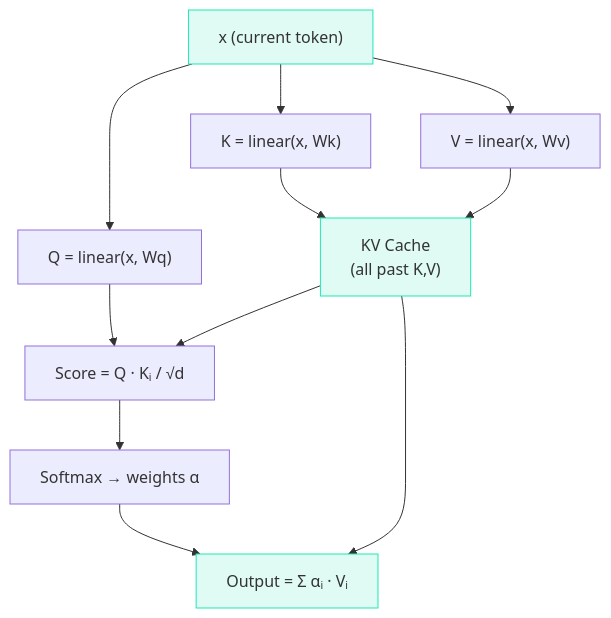
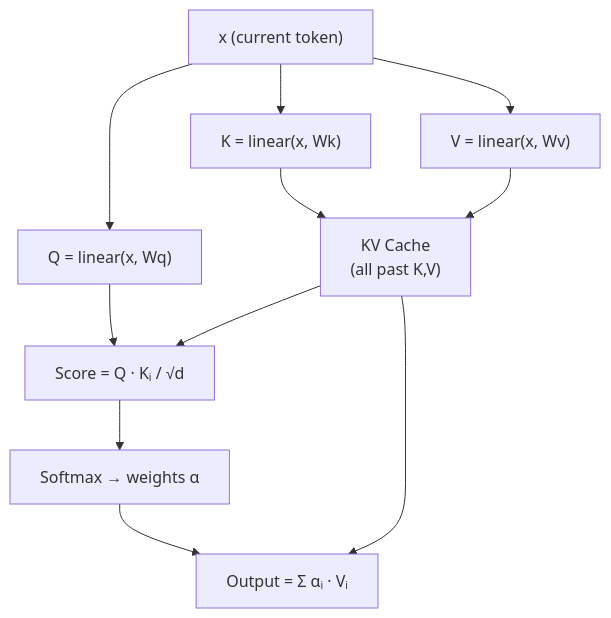
The diagram in docs/03-the-architecture/05-attention.md (iamkhalid2/microgpt-course), drawn with Mermaid before and after one commit. The commit also changed 20 other files, not shown here.

Commit message:
Remove all inline Mermaid styles - let theme handle colors natively

````diff
--- a/docs/03-the-architecture/05-attention.md
+++ b/docs/03-the-architecture/05-attention.md
@@ -93,17 +93,13 @@
 ```mermaid
 flowchart TD
     X["x (current token)"] --> Q["Q = linear(x, Wq)"]
     X --> K["K = linear(x, Wk)"]
     X --> V["V = linear(x, Wv)"]
     K --> CACHE["KV Cache<br>(all past K,V)"]
     V --> CACHE
     Q --> SCORE["Score = Q · Kᵢ / √d"]
     CACHE --> SCORE
     SCORE --> SM["Softmax → weights α"]
     SM --> BLEND["Output = Σ αᵢ · Vᵢ"]
     CACHE --> BLEND
-
-    style X fill:#e0faf4,stroke:#1de9b6
-    style BLEND fill:#e0faf4,stroke:#1de9b6
-    style CACHE fill:#e0faf4,stroke:#1de9b6
 ```
````
